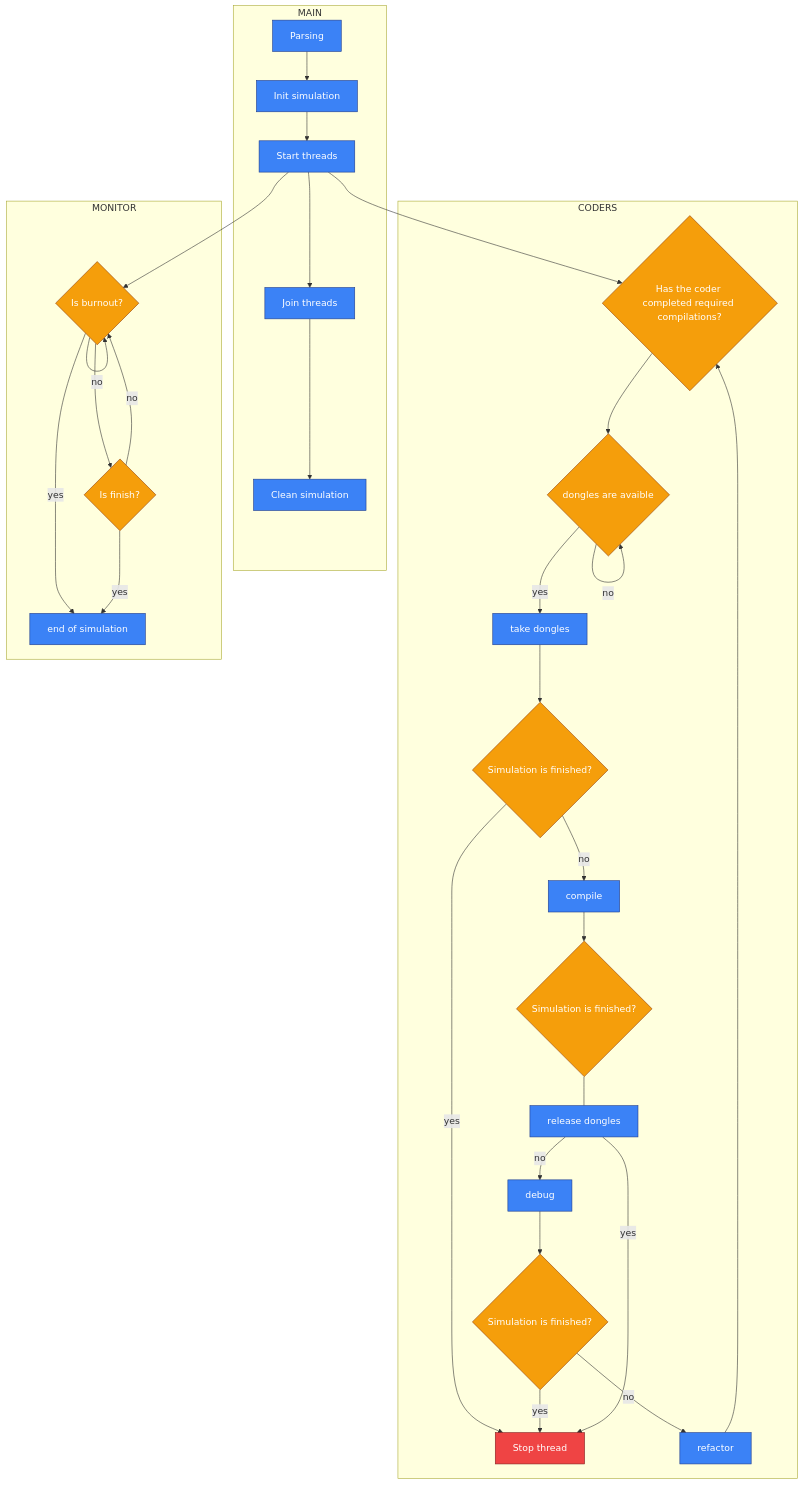
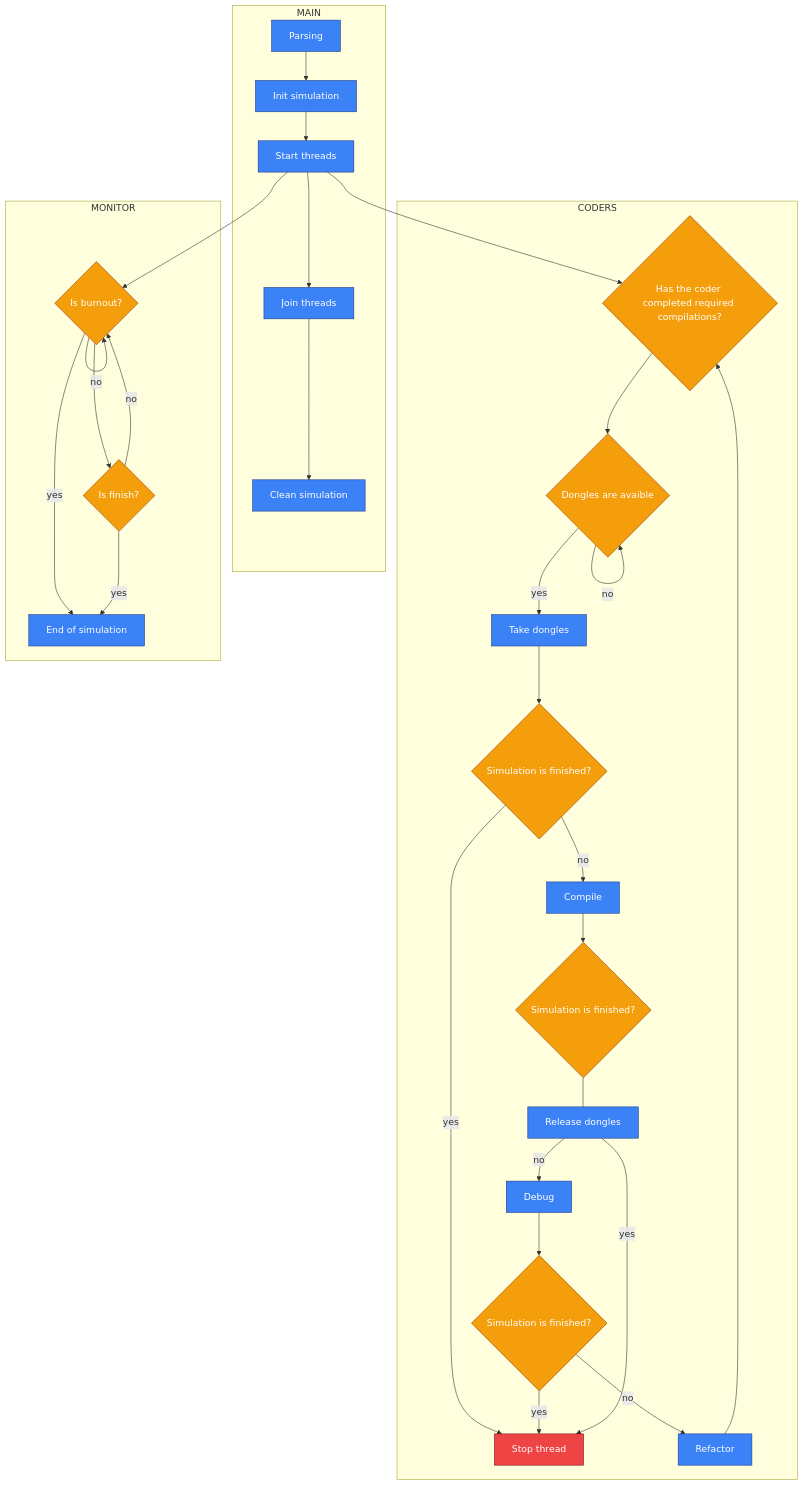
The diagram in README.md (MinePopTheReal/Codexion), drawn with Mermaid before and after one commit. The commit also changed 32 other files, not shown here.

````diff
--- a/README.md
+++ b/README.md
@@ -77,65 +77,65 @@
 ```mermaid
 flowchart TD
 subgraph MAIN
 B[Parsing]
 B --> C[Init simulation]
 C --> D[Start threads]
 D --> X[Join threads]
 X --> Y[Clean simulation]
 end
 
 %% CODERS
 subgraph CODERS
 H1{Simulation is finished?}
 H2{Simulation is finished?}
 H3{Simulation is finished?}
 
 I{Has the coder completed required compilations?}
 
 Z[Stop thread]
 
-J{dongles are avaible}
-K[take dongles]
-L[compile] --> H2
-M[debug] --> H3
-N[refactor] --> I
-O[release dongles]
+J{Dongles are avaible}
+K[Take dongles]
+L[Compile] --> H2
+M[Debug] --> H3
+N[Refactor] --> I
+O[Release dongles]
 
 J --> |no| J
 J --> |yes| K
 
 H2 --- O
 H1 --> |yes| Z
 H3 --> |yes| Z
 H1 --> |no| L
 H3 --> |no| N
 
 O --> |no| M
 O --> |yes| Z
 end
 
 %% MONITOR
 subgraph MONITOR
 D --> R{Is burnout?}
 R --> S{Is finish?}
-R -->|yes| T[end of simulation]
+R -->|yes| T[End of simulation]
 S -->|no| R
 R -->|no| R
 S -->|yes| T
 end
 
 %% STYLES
 classDef main fill:#1e1e2f,color:#fff,stroke:#ffffff
 classDef process fill:#3b82f6,color:#fff,stroke:#1e3a8a
 classDef decision fill:#f59e0b,color:#fff,stroke:#92400e
 classDef alert fill:#ef4444,color:#fff,stroke:#7f1d1d
 class A main
 class B,C,D,E,F,G,K,L,M,N,O,P,Q,T,X,Y process
 class H1,H2,H3,I,J,R,S decision
 
 class Z alert
 
 D --> I
 K --> H1
 I --> J
 ```
````
